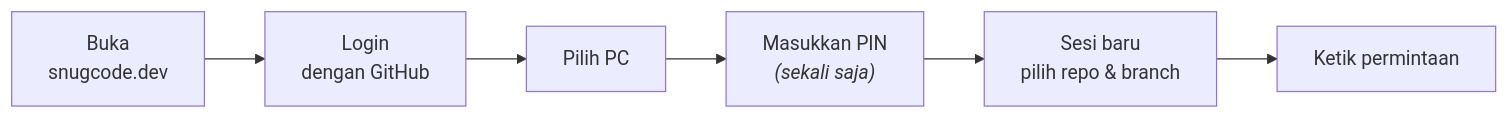
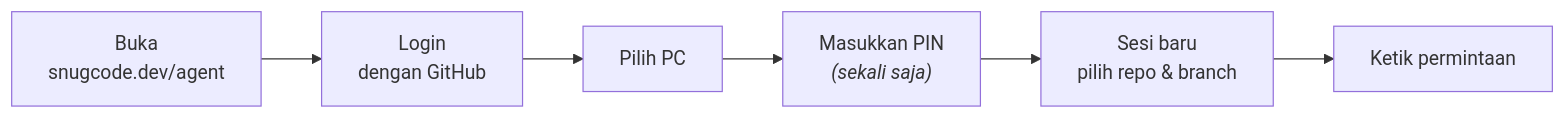
One commit to arfakaisar/snugcode changed the fifth of 6 diagrams in README.md. Above: the diagram before and after it, drawn with Mermaid. The commit also changed other lines of this file and 15 other files, not shown here.

````diff
--- a/README.md
+++ b/README.md
@@ -445,8 +445,8 @@
 ```mermaid
 flowchart LR
-    A["Buka<br/>snugcode.dev"] --> B["Login<br/>dengan GitHub"]
+    A["Buka<br/>snugcode.dev/agent"] --> B["Login<br/>dengan GitHub"]
     B --> C["Pilih PC"]
     C --> D["Masukkan PIN<br/><i>(sekali saja)</i>"]
     D --> E["Sesi baru<br/>pilih repo & branch"]
     E --> F["Ketik permintaan"]
 ```
````
